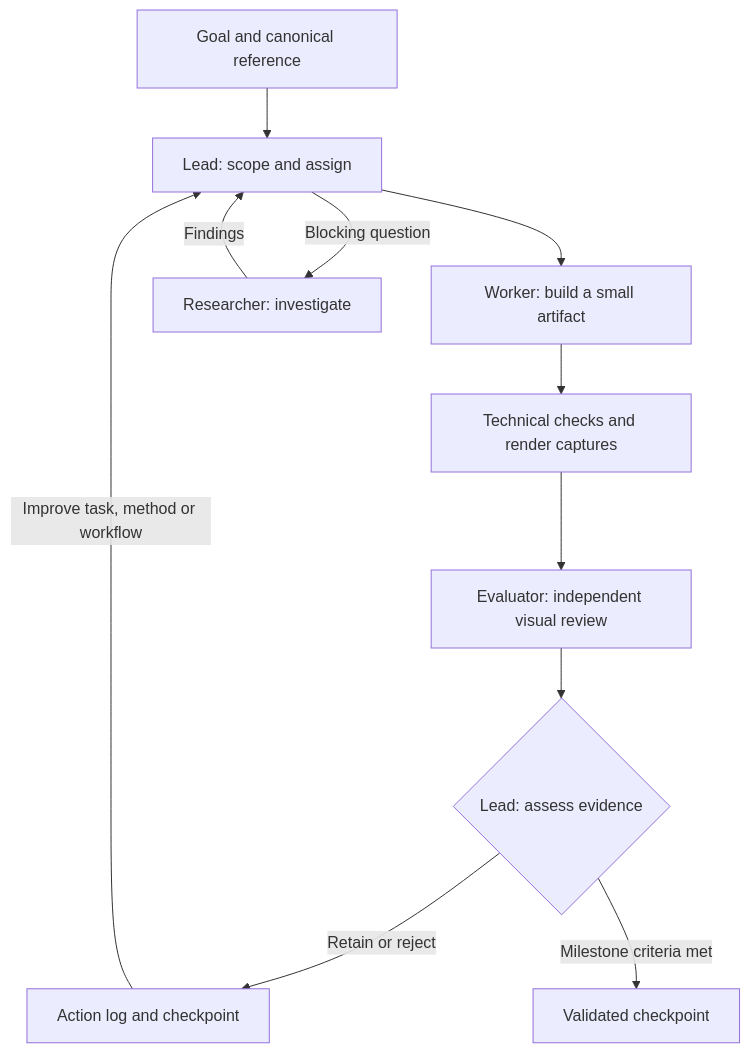
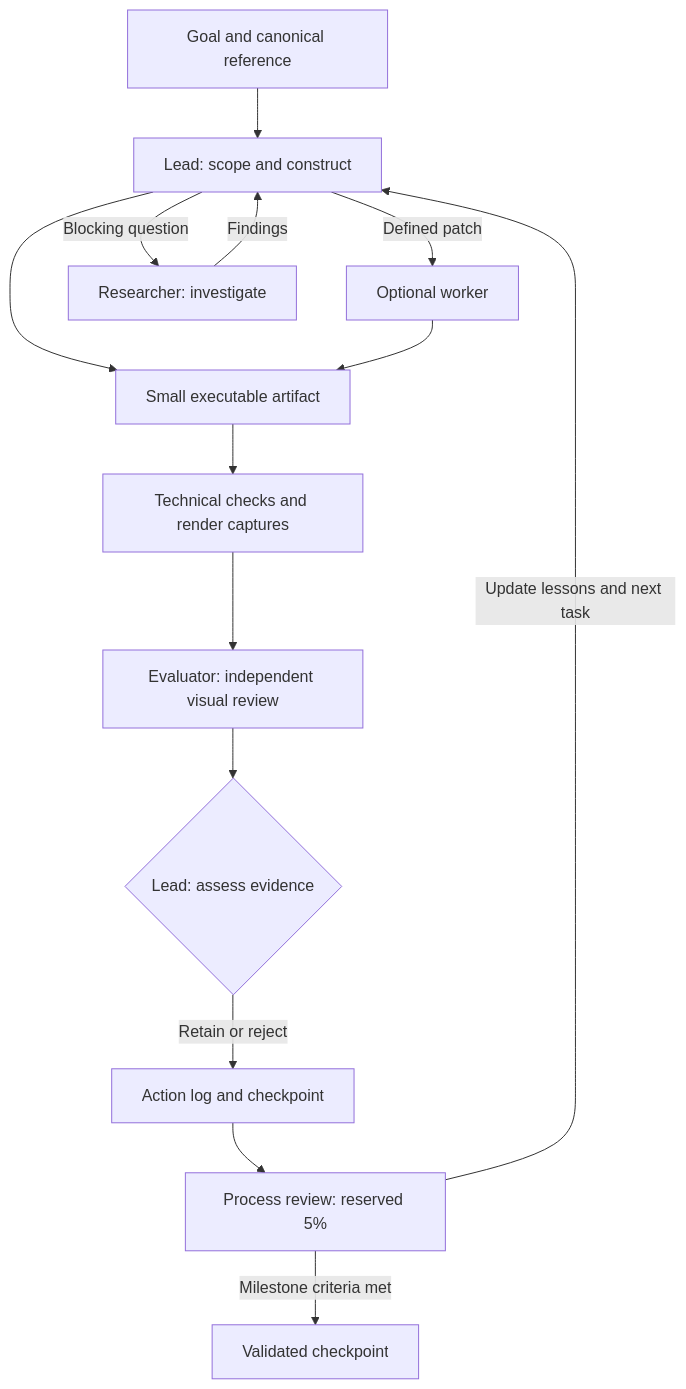
Before and after one commit to akaiyol/the-great-wave-of-kanagawa: the diagram in README.md, drawn with Mermaid. The commit also changed other lines of this file and 54 other files, not shown here.

````diff
--- a/README.md
+++ b/README.md
@@ -9,13 +9,16 @@
 ```mermaid
 flowchart TD
-    Goal[Goal and canonical reference] --> Lead[Lead: scope and assign]
-    Lead --> Worker[Worker: build a small artifact]
+    Goal[Goal and canonical reference] --> Lead[Lead: scope and construct]
+    Lead --> Artifact[Small executable artifact]
+    Lead -->|Defined patch| Worker[Optional worker]
+    Worker --> Artifact
     Lead -->|Blocking question| Researcher[Researcher: investigate]
     Researcher -->|Findings| Lead
-    Worker --> Checks[Technical checks and render captures]
+    Artifact --> Checks[Technical checks and render captures]
     Checks --> Evaluator[Evaluator: independent visual review]
     Evaluator --> Decision{Lead: assess evidence}
     Decision -->|Retain or reject| Record[Action log and checkpoint]
-    Record -->|Improve task, method or workflow| Lead
-    Decision -->|Milestone criteria met| Result[Validated checkpoint]
+    Record --> Review[Process review: reserved 5%]
+    Review -->|Update lessons and next task| Lead
+    Review -->|Milestone criteria met| Result[Validated checkpoint]
 ```
````
